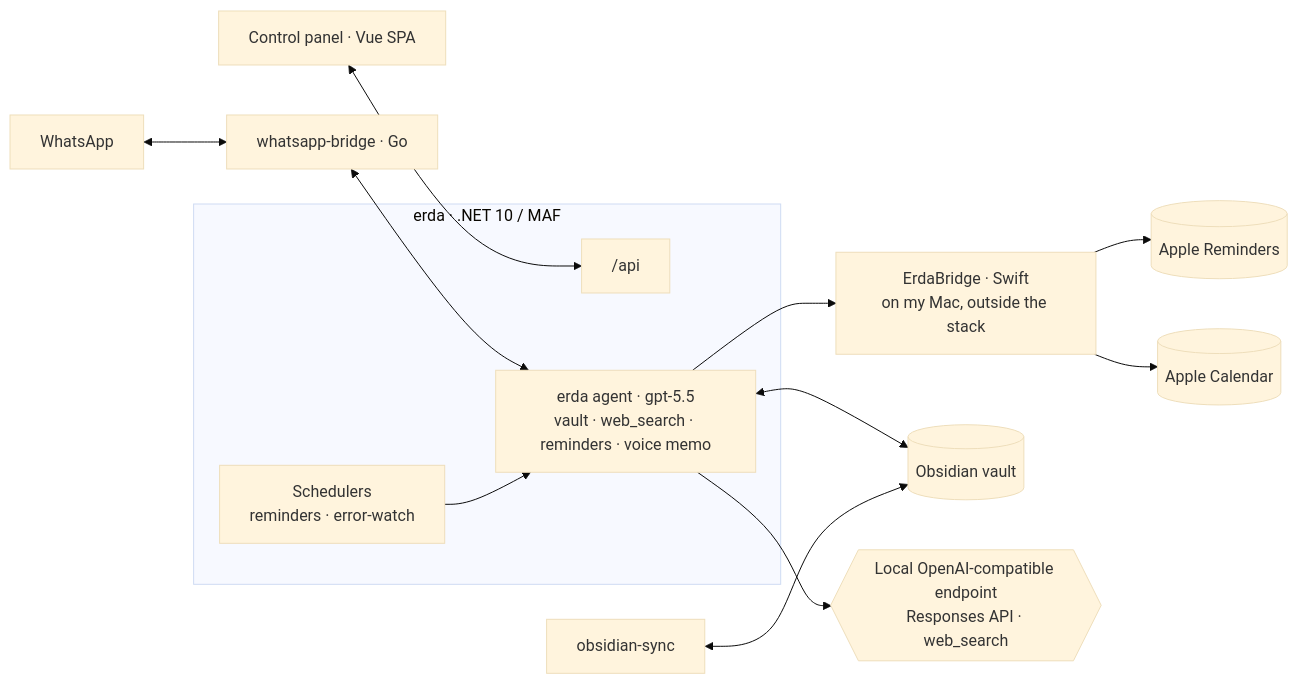
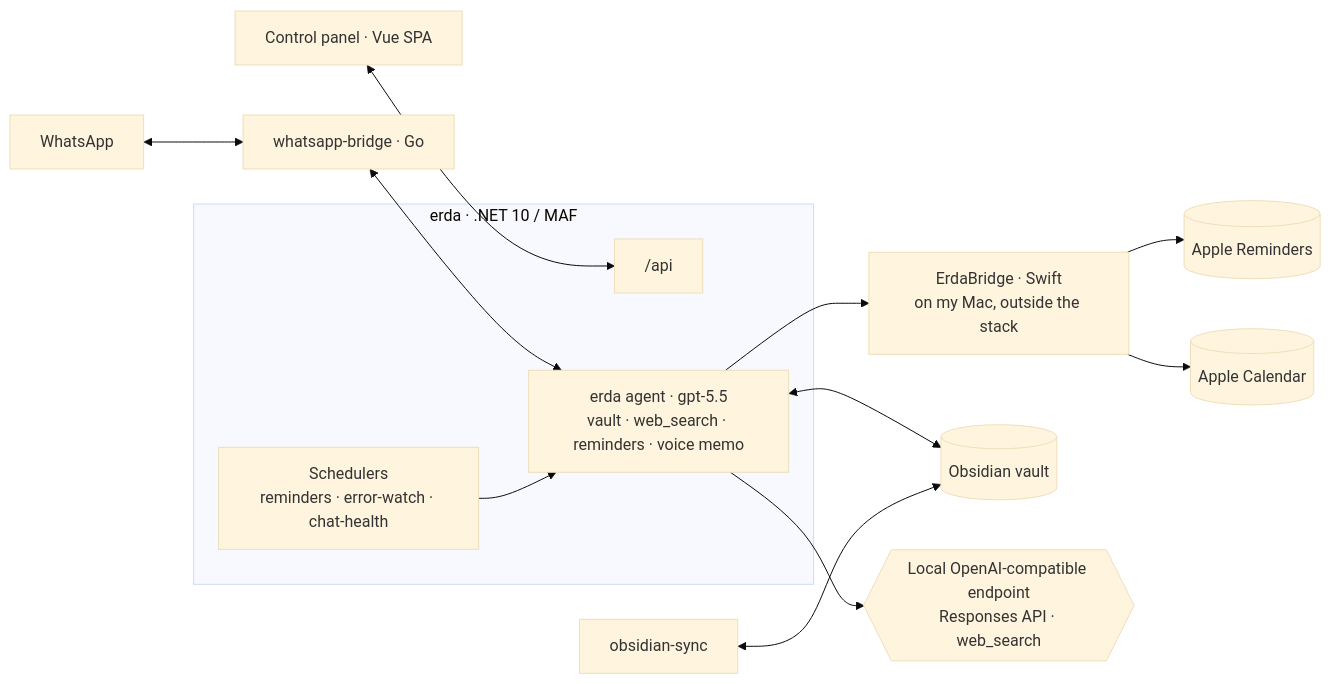
One commit to philphilphil/Erda changed the diagram in README.md. Above: the diagram before and after it, drawn with Mermaid (base theme). The commit also changed other lines of this file and 17 other files, not shown here.

````diff
--- a/README.md
+++ b/README.md
@@ -51,20 +55,20 @@
 ```mermaid
 flowchart LR
     wa["WhatsApp"] <--> bridge["whatsapp-bridge · Go"]
     panel["Control panel · Vue SPA"] <--> api["/api"]
 
     subgraph erda["erda · .NET 10 / MAF"]
       agent["erda agent · gpt-5.5<br/>vault · web_search · reminders · voice memo"]
-      sched["Schedulers<br/>reminders · error-watch"]
+      sched["Schedulers<br/>reminders · error-watch · chat-health"]
       api
     end
 
     bridge <--> agent
     sched --> agent
     agent --> mac["ErdaBridge · Swift<br/>on my Mac, outside the stack"]
     mac --> ek[("Apple Reminders")]
     mac --> cal[("Apple Calendar")]
     agent <--> vault[("Obsidian vault")]
     sync["obsidian-sync"] <--> vault
     agent --> endpoint{{"Local OpenAI-compatible endpoint<br/>Responses API · web_search"}}
 ```
````
